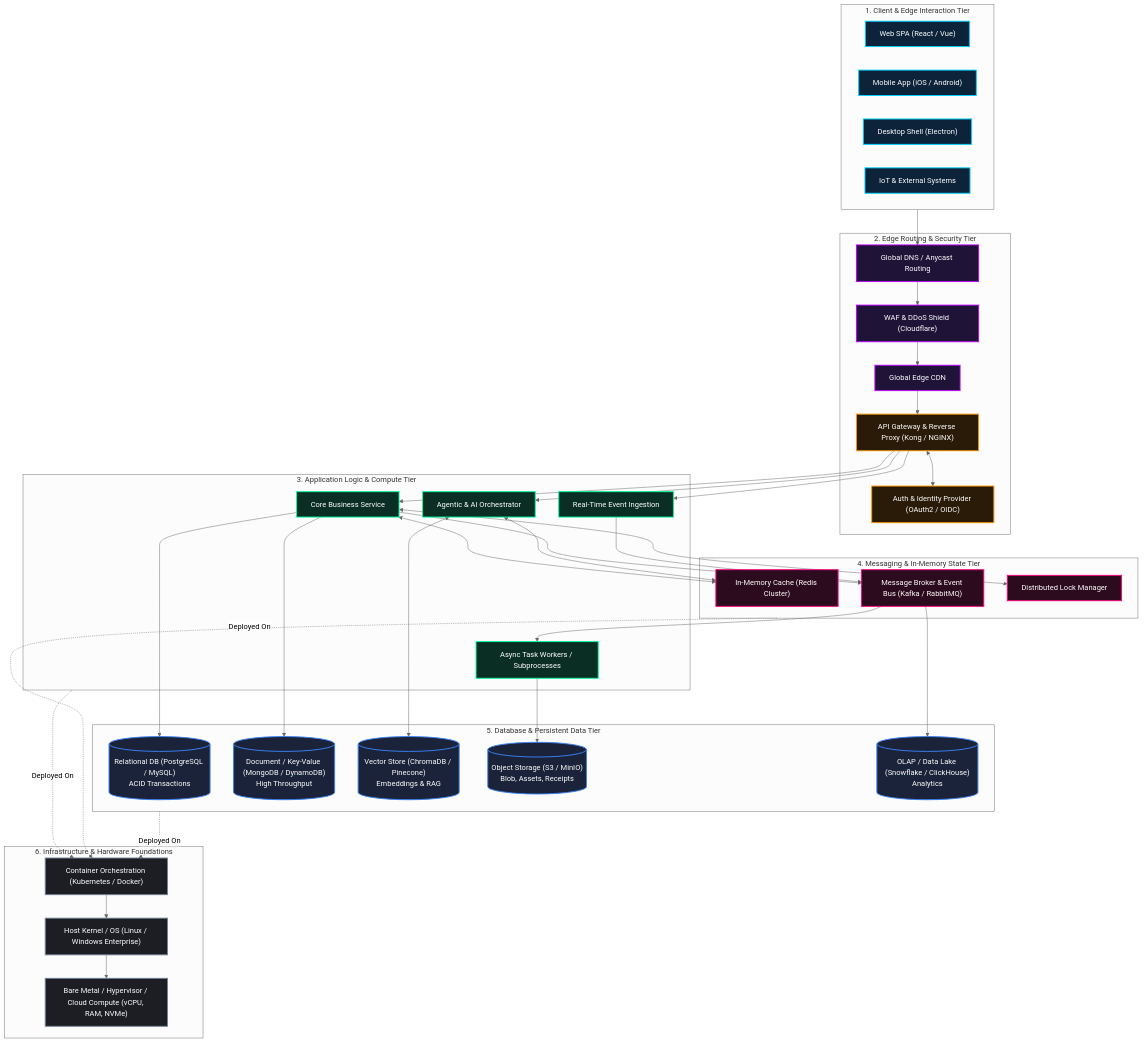
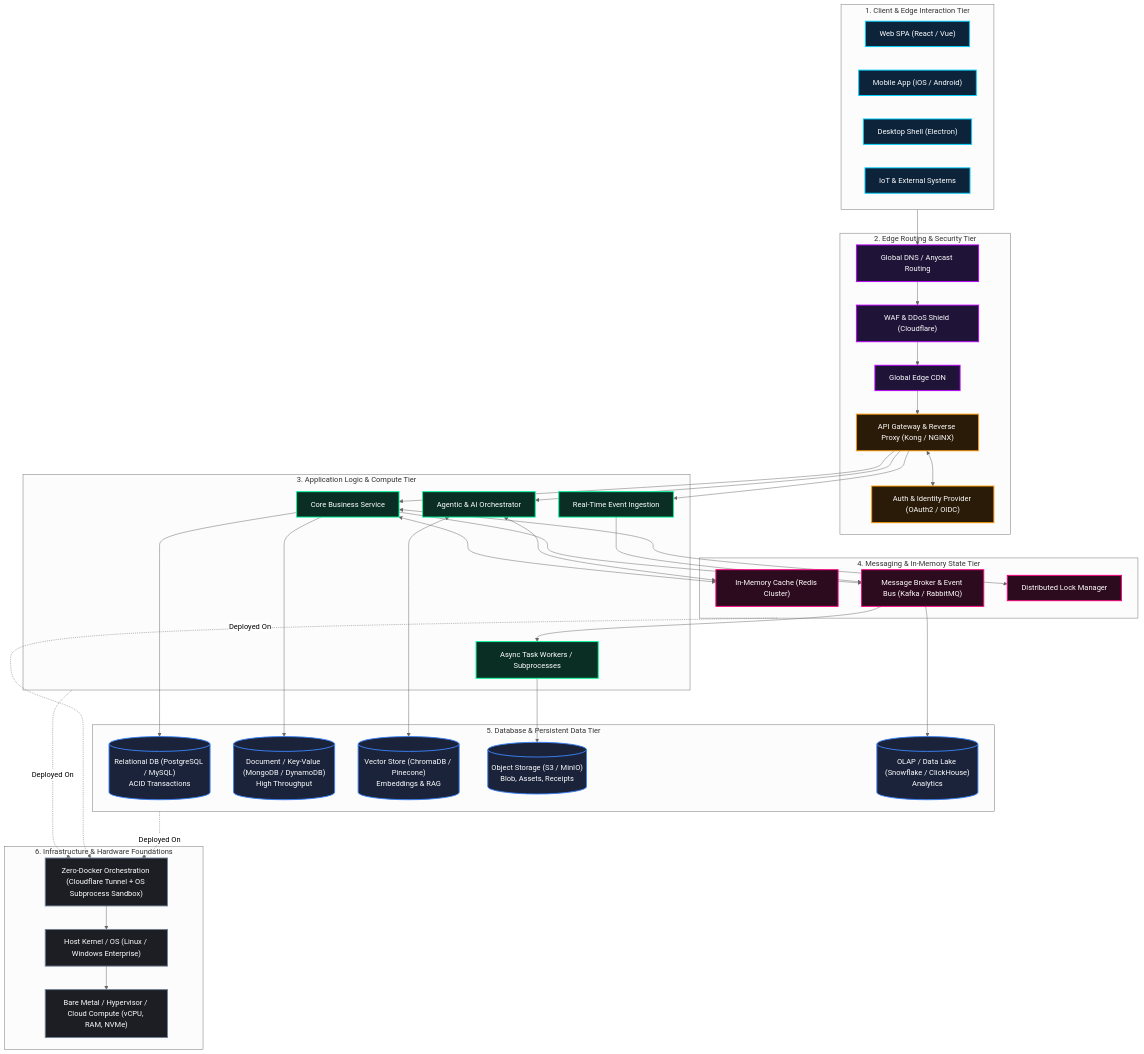
Before and after one commit to Aviral445/ARIA: the second of 5 diagrams in docs/system_architecture.md, drawn with Mermaid (neutral theme). The commit also changed other lines of this file and 170 other files, not shown here.

Commit message:
feat: migrate from Docker to Cloudflare edge architecture, tunnels, D1, and Backblaze B2

```diff
--- a/docs/system_architecture.md
+++ b/docs/system_architecture.md
@@ -117,7 +117,7 @@
 
     %% 6. Infrastructure & Hardware Foundations
     subgraph L6["6. Infrastructure & Hardware Foundations"]
-        Orchestration["Container Orchestration (Kubernetes / Docker)"]:::infra
+        Orchestration["Zero-Docker Orchestration (Cloudflare Tunnel + OS Subprocess Sandbox)"]:::infra
         OS["Host Kernel / OS (Linux / Windows Enterprise)"]:::infra
         Hardware["Bare Metal / Hypervisor / Cloud Compute (vCPU, RAM, NVMe)"]:::infra
     end
```
